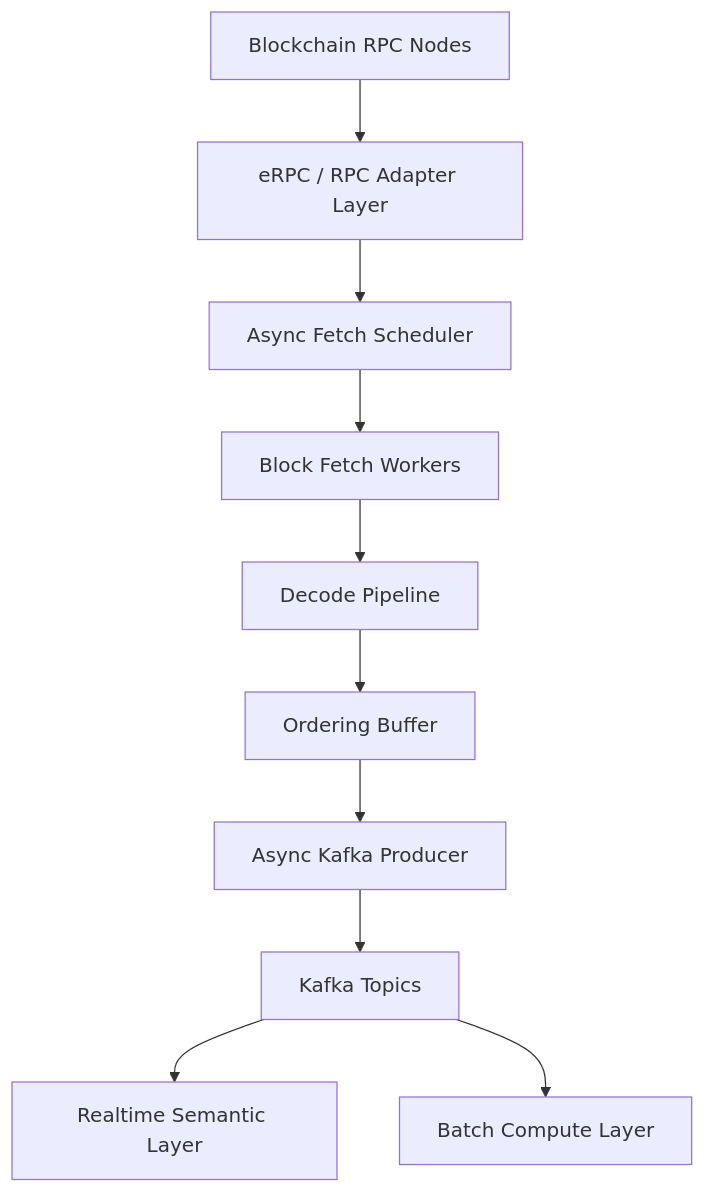
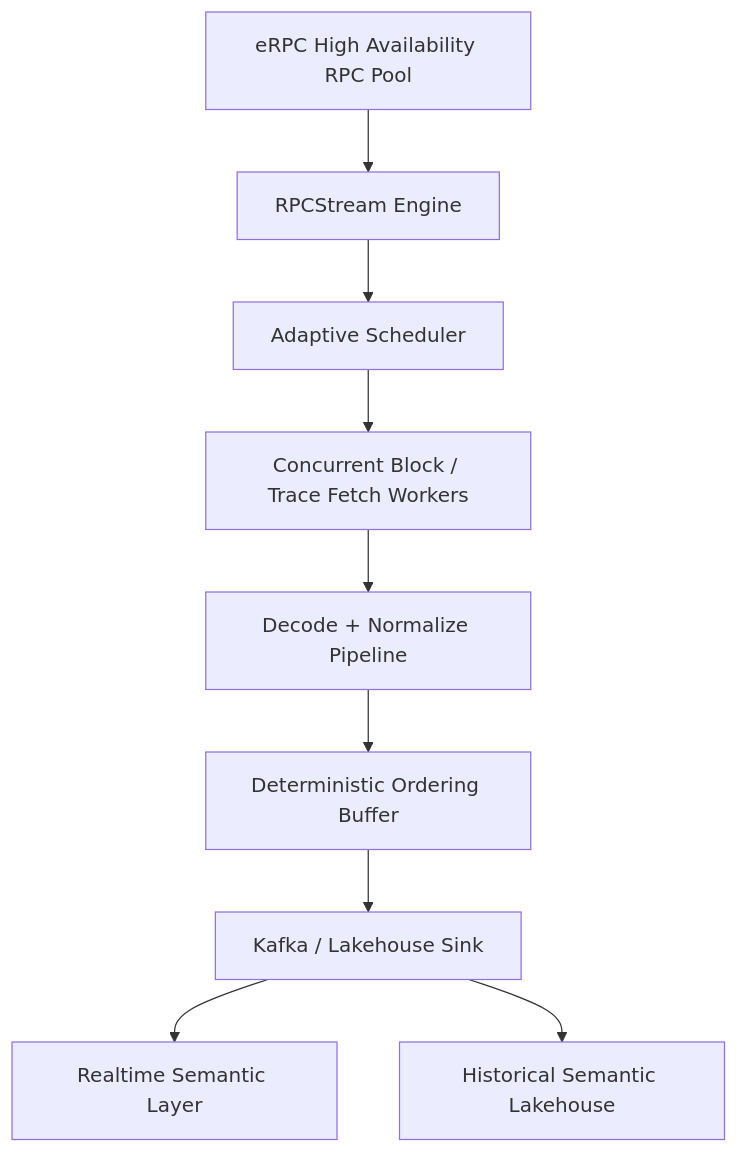
The diagram in README.md (chainlake/chainlake-flow), drawn with Mermaid before and after one commit. The commit also changed other lines of this file and 64 other files, not shown here.

````diff
--- a/README.md
+++ b/README.md
@@ -81,21 +60,21 @@
 ```mermaid
 flowchart TD
 
-A[Blockchain RPC Nodes] --> B[eRPC / RPC Adapter Layer]
+A[eRPC High Availability RPC Pool]
 
-B --> C[Async Fetch Scheduler]
+A --> B[RPCStream Engine]
 
-C --> D[Block Fetch Workers]
+B --> C[Adaptive Scheduler]
 
-D --> E[Decode Pipeline]
+C --> D[Concurrent Block / Trace Fetch Workers]
 
-E --> F[Ordering Buffer]
+D --> E[Decode + Normalize Pipeline]
 
-F --> G[Async Kafka Producer]
+E --> F[Deterministic Ordering Buffer]
 
-G --> H[Kafka Topics]
+F --> G[Kafka / Lakehouse Sink]
 
-H --> I[Realtime Semantic Layer]
+G --> H[Realtime Semantic Layer]
 
-H --> J[Batch Compute Layer]
+G --> I[Historical Semantic Lakehouse]
 ```
````
